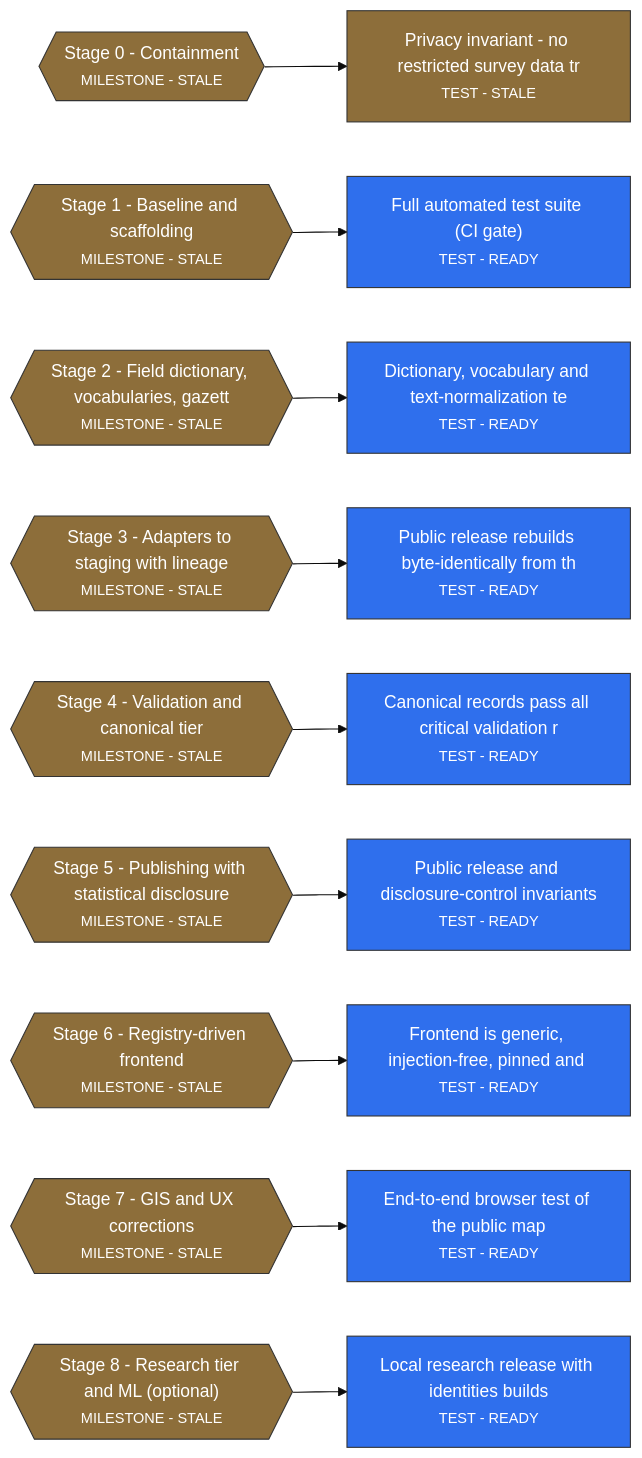
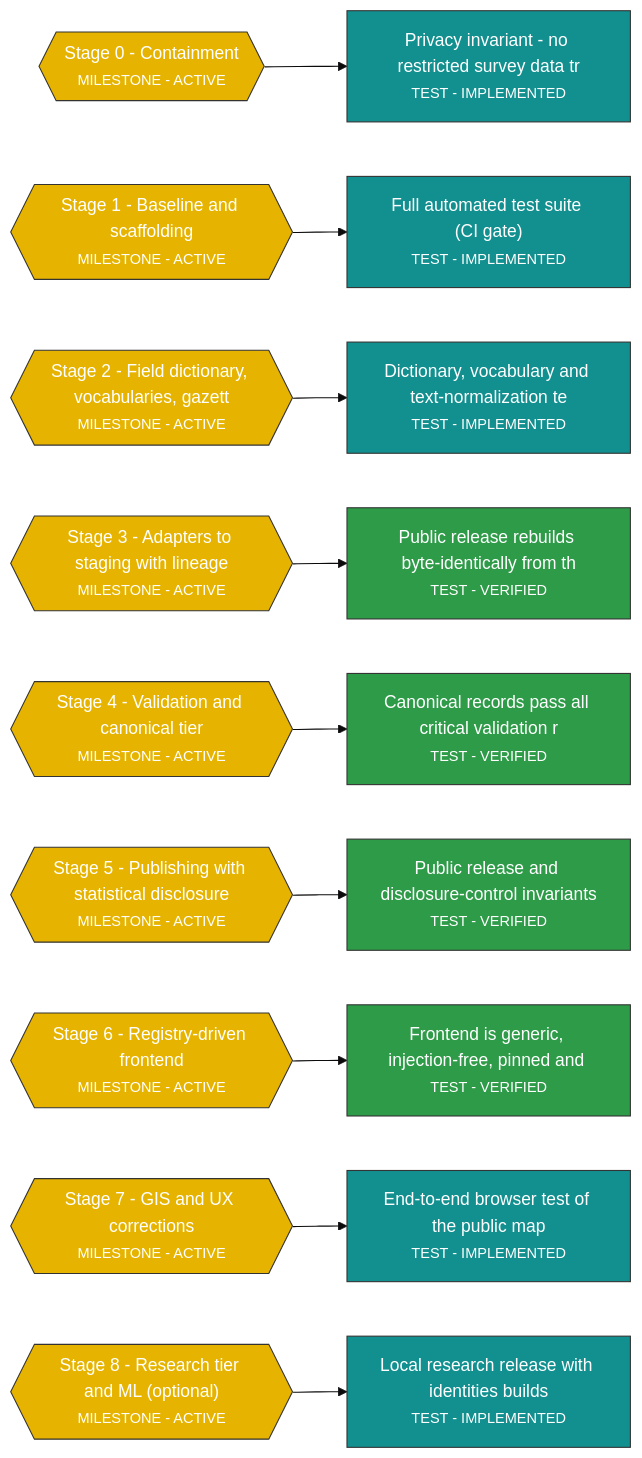
The diagram in .projectgraph/views/execution.mmd (ESDUaub2025/Resolve-Mapping), drawn with Mermaid (base theme) before and after one commit. The commit also changed 19 other files, not shown here.

```diff
--- a/.projectgraph/views/execution.mmd
+++ b/.projectgraph/views/execution.mmd
@@ -1,40 +1,41 @@
 flowchart LR
-    M0_CONTAINMENT{{"Stage 0 - Containment<br/><small>MILESTONE - STALE</small>"}}
-    M1_SCAFFOLDING{{"Stage 1 - Baseline and scaffolding<br/><small>MILESTONE - STALE</small>"}}
-    M2_DICTIONARY{{"Stage 2 - Field dictionary, vocabularies, gazett<br/><small>MILESTONE - STALE</small>"}}
-    M3_ADAPTERS{{"Stage 3 - Adapters to staging with lineage<br/><small>MILESTONE - STALE</small>"}}
-    M4_CANONICAL{{"Stage 4 - Validation and canonical tier<br/><small>MILESTONE - STALE</small>"}}
-    M5_PUBLISH_SDC{{"Stage 5 - Publishing with statistical disclosure<br/><small>MILESTONE - STALE</small>"}}
-    M6_FRONTEND_REGISTRY{{"Stage 6 - Registry-driven frontend<br/><small>MILESTONE - STALE</small>"}}
-    M7_GIS_UX{{"Stage 7 - GIS and UX corrections<br/><small>MILESTONE - STALE</small>"}}
-    M8_RESEARCH_TIER{{"Stage 8 - Research tier and ML (optional)<br/><small>MILESTONE - STALE</small>"}}
-    TST_CANONICAL_VALID["Canonical records pass all critical validation r<br/><small>TEST - READY</small>"]
-    TST_DICTIONARY["Dictionary, vocabulary and text-normalization te<br/><small>TEST - READY</small>"]
-    TST_FRONTEND["Frontend is generic, injection-free, pinned and <br/><small>TEST - READY</small>"]
-    TST_MAP_E2E["End-to-end browser test of the public map<br/><small>TEST - READY</small>"]
-    TST_NO_RESTRICTED_DATA_TRACKED["Privacy invariant - no restricted survey data tr<br/><small>TEST - STALE</small>"]
-    TST_PIPELINE_REPRODUCIBLE["Public release rebuilds byte-identically from th<br/><small>TEST - READY</small>"]
-    TST_PUBLIC_RELEASE["Public release and disclosure-control invariants<br/><small>TEST - READY</small>"]
-    TST_RESEARCH_TIER["Local research release with identities builds<br/><small>TEST - READY</small>"]
-    TST_TEST_SUITE["Full automated test suite (CI gate)<br/><small>TEST - READY</small>"]
+    M0_CONTAINMENT{{"Stage 0 - Containment<br/><small>MILESTONE - ACTIVE</small>"}}
+    M1_SCAFFOLDING{{"Stage 1 - Baseline and scaffolding<br/><small>MILESTONE - ACTIVE</small>"}}
+    M2_DICTIONARY{{"Stage 2 - Field dictionary, vocabularies, gazett<br/><small>MILESTONE - ACTIVE</small>"}}
+    M3_ADAPTERS{{"Stage 3 - Adapters to staging with lineage<br/><small>MILESTONE - ACTIVE</small>"}}
+    M4_CANONICAL{{"Stage 4 - Validation and canonical tier<br/><small>MILESTONE - ACTIVE</small>"}}
+    M5_PUBLISH_SDC{{"Stage 5 - Publishing with statistical disclosure<br/><small>MILESTONE - ACTIVE</small>"}}
+    M6_FRONTEND_REGISTRY{{"Stage 6 - Registry-driven frontend<br/><small>MILESTONE - ACTIVE</small>"}}
+    M7_GIS_UX{{"Stage 7 - GIS and UX corrections<br/><small>MILESTONE - ACTIVE</small>"}}
+    M8_RESEARCH_TIER{{"Stage 8 - Research tier and ML (optional)<br/><small>MILESTONE - ACTIVE</small>"}}
+    TST_CANONICAL_VALID["Canonical records pass all critical validation r<br/><small>TEST - VERIFIED</small>"]
+    TST_DICTIONARY["Dictionary, vocabulary and text-normalization te<br/><small>TEST - IMPLEMENTED</small>"]
+    TST_FRONTEND["Frontend is generic, injection-free, pinned and <br/><small>TEST - VERIFIED</small>"]
+    TST_MAP_E2E["End-to-end browser test of the public map<br/><small>TEST - IMPLEMENTED</small>"]
+    TST_NO_RESTRICTED_DATA_TRACKED["Privacy invariant - no restricted survey data tr<br/><small>TEST - IMPLEMENTED</small>"]
+    TST_PIPELINE_REPRODUCIBLE["Public release rebuilds byte-identically from th<br/><small>TEST - VERIFIED</small>"]
+    TST_PUBLIC_RELEASE["Public release and disclosure-control invariants<br/><small>TEST - VERIFIED</small>"]
+    TST_RESEARCH_TIER["Local research release with identities builds<br/><small>TEST - IMPLEMENTED</small>"]
+    TST_TEST_SUITE["Full automated test suite (CI gate)<br/><small>TEST - IMPLEMENTED</small>"]
     M0_CONTAINMENT --> TST_NO_RESTRICTED_DATA_TRACKED
     M1_SCAFFOLDING --> TST_TEST_SUITE
     M2_DICTIONARY --> TST_DICTIONARY
     M3_ADAPTERS --> TST_PIPELINE_REPRODUCIBLE
     M4_CANONICAL --> TST_CANONICAL_VALID
     M5_PUBLISH_SDC --> TST_PUBLIC_RELEASE
     M6_FRONTEND_REGISTRY --> TST_FRONTEND
     M7_GIS_UX --> TST_MAP_E2E
     M8_RESEARCH_TIER --> TST_RESEARCH_TIER
     classDef declared fill:#9e9e9e,stroke:#333,stroke-width:1px,color:#333333;
     classDef ready fill:#2f6fed,stroke:#333,stroke-width:1px,color:#ffffff;
     classDef active fill:#e6b400,stroke:#333,stroke-width:1px,color:#ffffff;
     classDef implemented fill:#128f8f,stroke:#333,stroke-width:1px,color:#ffffff;
     classDef verifying fill:#f08c00,stroke:#333,stroke-width:1px,color:#ffffff;
     classDef verified fill:#2e9b48,stroke:#333,stroke-width:1px,color:#ffffff;
     classDef failed fill:#d32f2f,stroke:#333,stroke-width:1px,color:#ffffff;
     classDef blocked fill:#7b3fbf,stroke:#333,stroke-width:1px,color:#ffffff;
     classDef stale fill:#8d6e3a,stroke:#333,stroke-width:1px,color:#ffffff;
     classDef superseded fill:#c9c9c9,stroke:#333,stroke-width:1px,color:#333333;
-    class TST_CANONICAL_VALID,TST_DICTIONARY,TST_FRONTEND,TST_MAP_E2E,TST_PIPELINE_REPRODUCIBLE,TST_PUBLIC_RELEASE,TST_RESEARCH_TIER,TST_TEST_SUITE ready;
-    class M0_CONTAINMENT,M1_SCAFFOLDING,M2_DICTIONARY,M3_ADAPTERS,M4_CANONICAL,M5_PUBLISH_SDC,M6_FRONTEND_REGISTRY,M7_GIS_UX,M8_RESEARCH_TIER,TST_NO_RESTRICTED_DATA_TRACKED stale;
+    class M0_CONTAINMENT,M1_SCAFFOLDING,M2_DICTIONARY,M3_ADAPTERS,M4_CANONICAL,M5_PUBLISH_SDC,M6_FRONTEND_REGISTRY,M7_GIS_UX,M8_RESEARCH_TIER active;
+    class TST_DICTIONARY,TST_MAP_E2E,TST_NO_RESTRICTED_DATA_TRACKED,TST_RESEARCH_TIER,TST_TEST_SUITE implemented;
+    class TST_CANONICAL_VALID,TST_FRONTEND,TST_PIPELINE_REPRODUCIBLE,TST_PUBLIC_RELEASE verified;
```
